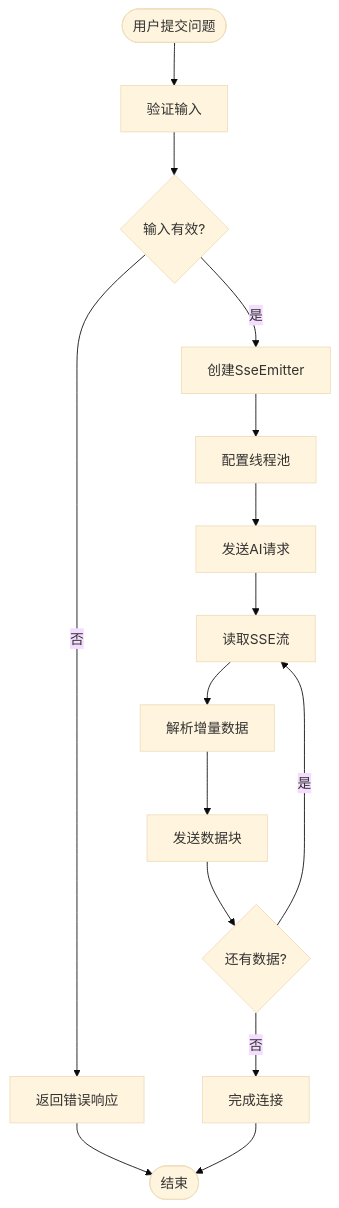
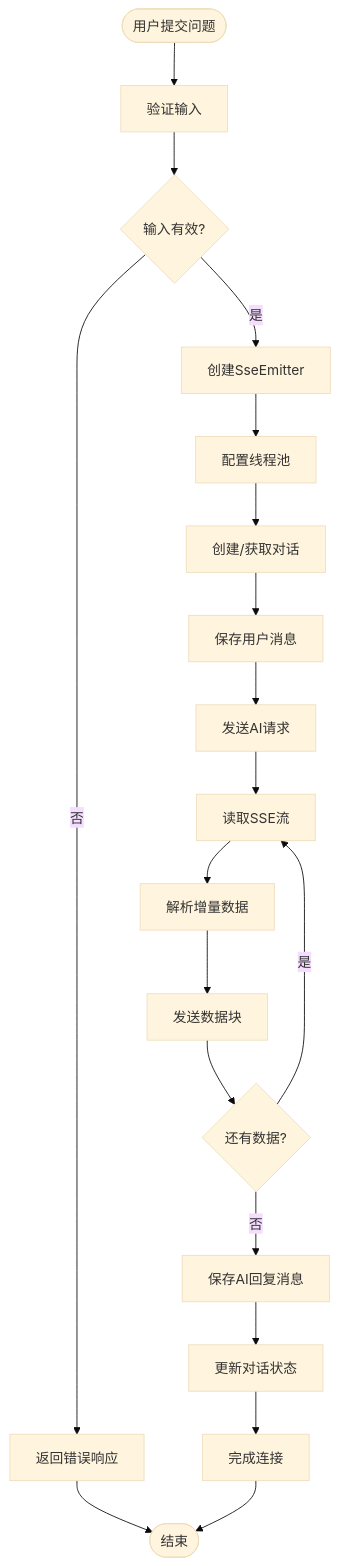
The fourth of 17 diagrams in .qoder/repowiki/zh/content/AI智能问答模块.md (xionghao5/ruoyi-demo), drawn with Mermaid (base theme) before and after one commit. The commit also changed other lines of this file and 3 other files, not shown here.

````diff
--- a/.qoder/repowiki/zh/content/AI智能问答模块.md
+++ b/.qoder/repowiki/zh/content/AI智能问答模块.md
@@ -174,17 +219,21 @@
 ```mermaid
 flowchart TD
 Start([用户提交问题]) --> Validate[验证输入]
 Validate --> Valid{输入有效?}
 Valid --> |否| ErrorResp[返回错误响应]
 Valid --> |是| CreateSSE[创建SseEmitter]
 CreateSSE --> SetupPool[配置线程池]
-SetupPool --> SendReq[发送AI请求]
+SetupPool --> CreateConv[创建/获取对话]
+CreateConv --> SaveUserMsg[保存用户消息]
+SaveUserMsg --> SendReq[发送AI请求]
 SendReq --> ReadStream[读取SSE流]
 ReadStream --> ParseData[解析增量数据]
 ParseData --> SendChunk[发送数据块]
 SendChunk --> Continue{还有数据?}
 Continue --> |是| ReadStream
-Continue --> |否| Complete[完成连接]
+Continue --> |否| SaveAIMsg[保存AI回复消息]
+SaveAIMsg --> UpdateConv[更新对话状态]
+UpdateConv --> Complete[完成连接]
 ErrorResp --> End([结束])
 Complete --> End
 ```
````
